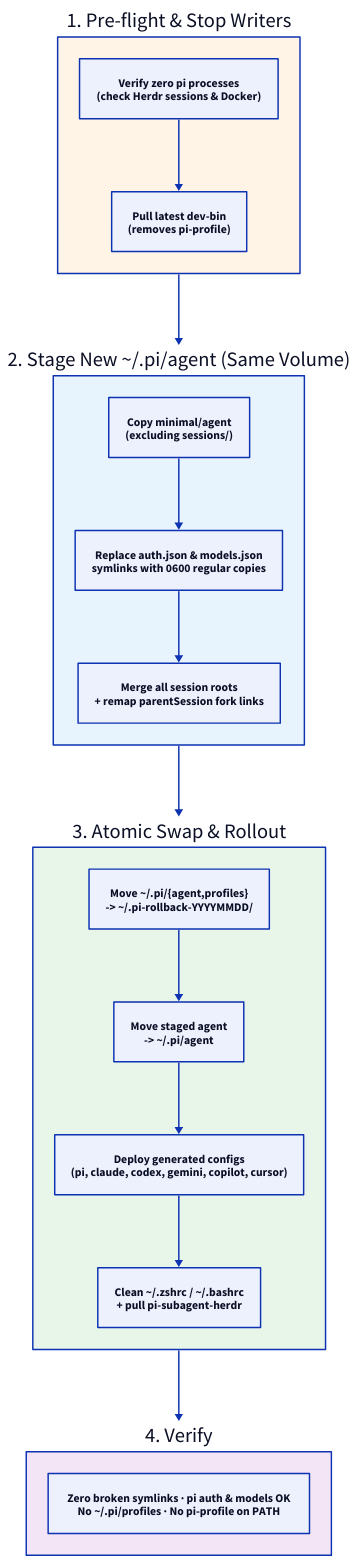
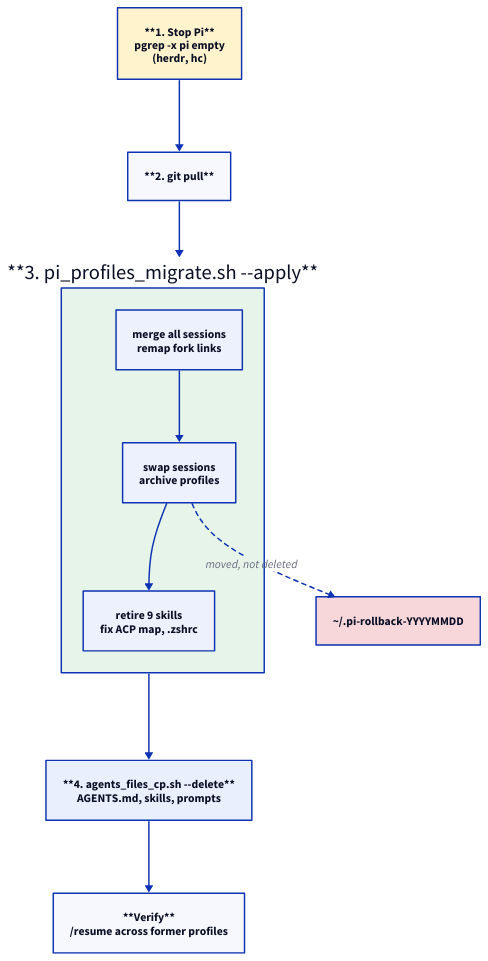
One commit to cgint/dev-bin changed the diagram in MIGRATION-remove-pi-profiles.d2. Above: the diagram before and after it, drawn with D2. The commit also changed 9 other files, not shown here.

First line of the commit message:
Sessions-only pi-profile migration tooling and runbook

```diff
--- a/MIGRATION-remove-pi-profiles.d2
+++ b/MIGRATION-remove-pi-profiles.d2
@@ -1,32 +1,17 @@
 direction: down
 
-preflight: "1. Pre-flight & Stop Writers" {
-  style.fill: "#FFF4E5"
-  check: "Verify zero pi processes\n(check Herdr sessions & Docker)"
-  pull: "Pull latest dev-bin\n(removes pi-profile)"
-  check -> pull
+stop: "**1. Stop Pi**\npgrep -x pi empty\n(herdr, hc)" {style.fill: "#fff3cd"}
+pull: "**2. git pull**"
+migrate: "**3. pi_profiles_migrate.sh --apply**" {
+  style.fill: "#e6f4ea"
+  merge: "merge all sessions\nremap fork links"
+  swap: "swap sessions\narchive profiles"
+  tidy: "retire 9 skills\nfix ACP map, .zshrc"
+  merge -> swap -> tidy
 }
+deploy: "**4. agents_files_cp.sh --delete**\nAGENTS.md, skills, prompts" {style.fill: "#e8f0fe"}
+verify: "**Verify**\n/resume across former profiles"
+rollback: "~/.pi-rollback-YYYYMMDD" {style.fill: "#f8d7da"}
 
-stage: "2. Stage New ~/.pi/agent (Same Volume)" {
-  style.fill: "#E8F4FD"
-  copy: "Copy minimal/agent\n(excluding sessions/)"
-  creds: "Replace auth.json & models.json\nsymlinks with 0600 regular copies"
-  merge: "Merge all session roots\n+ remap parentSession fork links"
-  copy -> creds -> merge
-}
-
-swap: "3. Atomic Swap & Rollout" {
-  style.fill: "#E8F5E9"
-  mv_old: "Move ~/.pi/{agent,profiles}\n-> ~/.pi-rollback-YYYYMMDD/"
-  mv_new: "Move staged agent\n-> ~/.pi/agent"
-  deploy: "Deploy generated configs\n(pi, claude, codex, gemini, copilot, cursor)"
-  shell: "Clean ~/.zshrc / ~/.bashrc\n+ pull pi-subagent-herdr"
-  mv_old -> mv_new -> deploy -> shell
-}
-
-verify: "4. Verify" {
-  style.fill: "#F3E5F5"
-  checks: "Zero broken symlinks · pi auth & models OK\nNo ~/.pi/profiles · No pi-profile on PATH"
-}
-
-preflight -> stage -> swap -> verify
+stop -> pull -> migrate -> deploy -> verify
+migrate.swap -> rollback: "moved, not deleted" {style.stroke-dash: 3}
```
